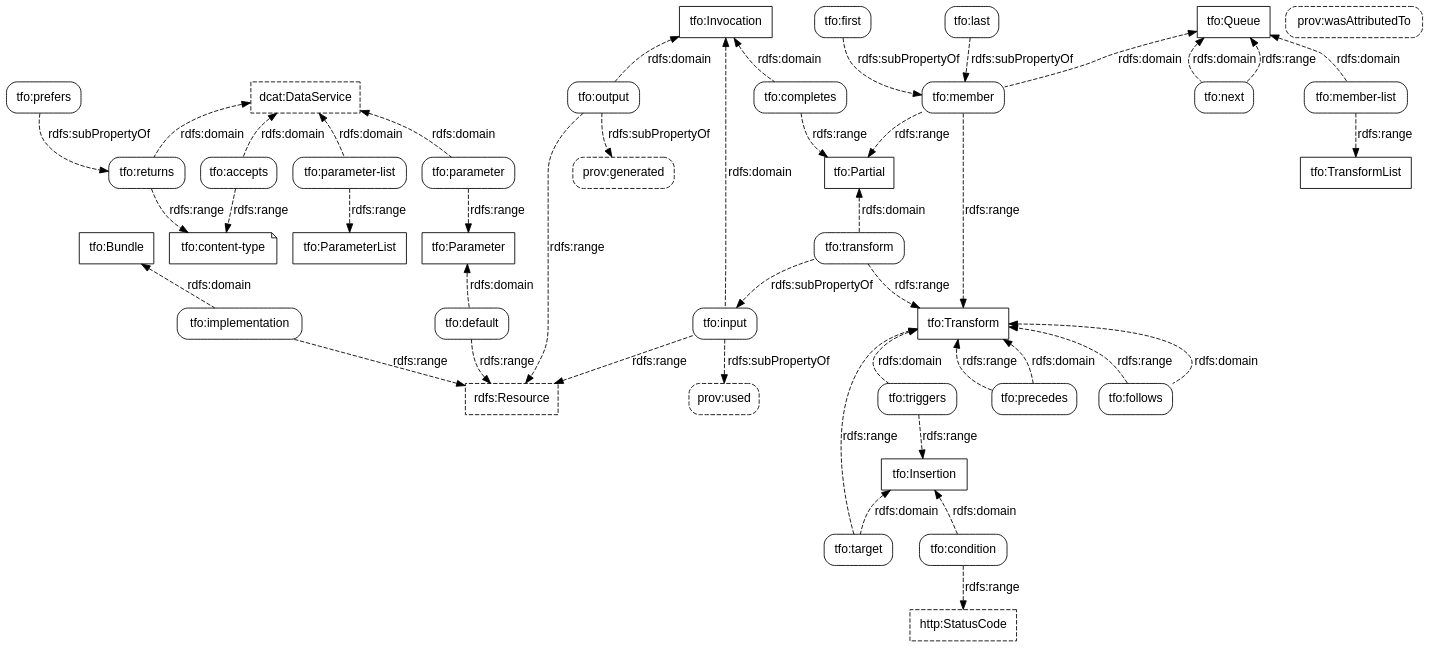
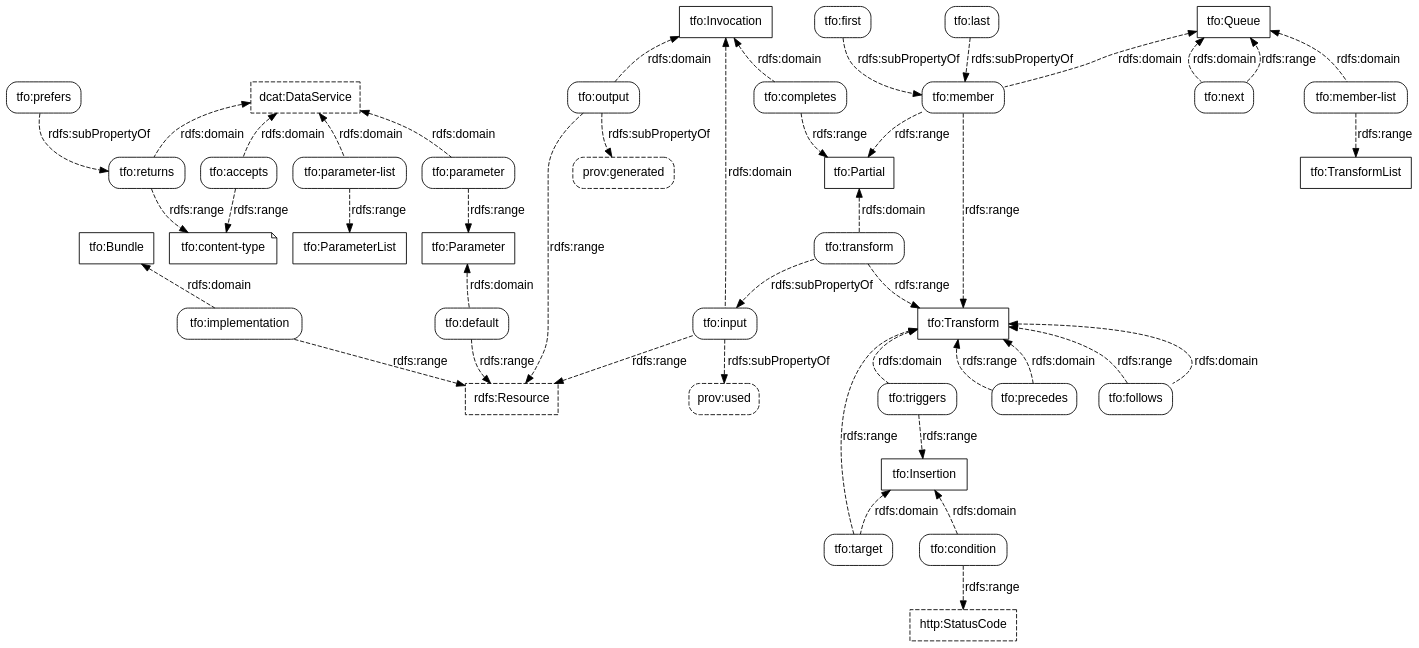
Before and after one commit to doriantaylor/owl-transformation: the diagram in transformation-properties.dot, drawn with Graphviz. The commit also changed 3 other files, not shown here.

```diff
--- a/transformation-properties.dot
+++ b/transformation-properties.dot
@@ -1,138 +1,138 @@
 digraph {
     graph [bgcolor=transparent,rankdir=TB];
     node [shape=box,style=rounded,color="#000000",fontcolor="#000000",fontname="Lucida Grande, Lucida Sans Unicode, sans-serif"];
     edge [concentrate=true,color="#000000",fontcolor="#000000",fontname="Lucida Grande, Lucida Sans Unicode, sans-serif"];
 
     subgraph {
         node [shape=box, style=dashed];
         rdfs_Resource [label="rdfs:Resource", target="_parent", href="https://www.w3.org/TR/rdf-schema/#ch_resource"];
         http_StatusCode [label="http:StatusCode", target="_parent", href="https://www.w3.org/TR/HTTP-in-RDF10/#StatusCodeClass"];
         dcat_DataService [label="dcat:DataService" target="_parent", href="https://www.w3.org/TR/vocab-dcat-2/#Class:Data_Service"];
     }
 
     // our classes
 
     subgraph {
         node [shape=box, style=""];
         tfo_Bundle [label="tfo:Bundle", target="_parent", href="https://vocab.methodandstructure.com/transformation#Bundle"];
         tfo_Transform [label="tfo:Transform", target="_parent", href="https://vocab.methodandstructure.com/transformation#Transform"];
         tfo_Parameter [label="tfo:Parameter", target="_parent", href="https://vocab.methodandstructure.com/transformation#Parameter"];
         tfo_ParameterList [label="tfo:ParameterList", target="_parent", href="https://vocab.methodandstructure.com/transformation#ParameterList"];
         tfo_Queue [label="tfo:Queue", target="_parent", href="https://vocab.methodandstructure.com/transformation#Queue"];
         tfo_Insertion [label="tfo:Insertion", target="_parent", href="https://vocab.methodandstructure.com/transformation#Insertion"];
         tfo_TransformList [label="tfo:TransformList", target="_parent", href="https://vocab.methodandstructure.com/transformation#TransformList"];
         tfo_Partial [label="tfo:Partial", target="_parent", href="https://vocab.methodandstructure.com/transformation#Partial"];
         tfo_Invocation [label="tfo:Invocation", target="_parent", href="https://vocab.methodandstructure.com/transformation#Invocation"];
     }
 
     // our datatypes
     subgraph {
         node [shape=note];
         tfo_content_type [label="tfo:content-type", target="_parent", href="https://vocab.methodandstructure.com/transformation#content-type"];
     }
 
     // third-party properties
 
     subgraph {
         node [style="dashed,rounded"];
         prov_used [label="prov:used", target="_parent", href="https://www.w3.org/TR/prov-o/#used"];
         prov_generated [label="prov:generated", target="_parent", href="https://www.w3.org/TR/prov-o/#generated"];
-        prov_wasAttributedTo [label="prov:wasAttributedTo", target="_parent", href="https://www.w3.org/TR/prov-o/#wasAttributedTo"];
+        // prov_wasAttributedTo [label="prov:wasAttributedTo", target="_parent", href="https://www.w3.org/TR/prov-o/#wasAttributedTo"];
     }
 
     // our properties
 
     tfo_accepts [label="tfo:accepts", target="_parent", href="https://vocab.methodandstructure.com/transformation#accepts"];
     tfo_returns [label="tfo:returns", target="_parent", href="https://vocab.methodandstructure.com/transformation#returns"];
     tfo_prefers [label="tfo:prefers", target="_parent", href="https://vocab.methodandstructure.com/transformation#prefers"];
     tfo_implementation [label="tfo:implementation", target="_parent", href="https://vocab.methodandstructure.com/transformation#implementation"];
     tfo_parameter [label="tfo:parameter", target="_parent", href="https://vocab.methodandstructure.com/transformation#parameter"];
     tfo_parameter_list [label="tfo:parameter-list", target="_parent", href="https://vocab.methodandstructure.com/transformation#parameter-list"];
     tfo_default [label="tfo:default", target="_parent", href="https://vocab.methodandstructure.com/transformation#default"];
     tfo_triggers [label="tfo:triggers", target="_parent", href="https://vocab.methodandstructure.com/transformation#triggers"];
 
 
     tfo_completes [label="tfo:completes", target="_parent", href="https://vocab.methodandstructure.com/transformation#completes"];
     tfo_input [label="tfo:input", target="_parent", href="https://vocab.methodandstructure.com/transformation#input"];
     tfo_output [label="tfo:output", target="_parent", href="https://vocab.methodandstructure.com/transformation#output"];
     tfo_transform [label="tfo:transform", target="_parent", href="https://vocab.methodandstructure.com/transformation#transform"];
 
     tfo_member [label="tfo:member", target="_parent", href="https://vocab.methodandstructure.com/transformation#member"];
     tfo_member_list [label="tfo:member-list", target="_parent", href="https://vocab.methodandstructure.com/transformation#member-list"];
     tfo_next [label="tfo:next", target="_parent", href="https://vocab.methodandstructure.com/transformation#next"];
     tfo_precedes [label="tfo:precedes", target="_parent", href="https://vocab.methodandstructure.com/transformation#precedes"];
     tfo_follows [label="tfo:follows", target="_parent", href="https://vocab.methodandstructure.com/transformation#follows"];
     tfo_first [label="tfo:first", target="_parent", href="https://vocab.methodandstructure.com/transformation#first"];
     tfo_last [label="tfo:last", target="_parent", href="https://vocab.methodandstructure.com/transformation#last"];
     tfo_condition [label="tfo:condition", target="_parent", href="https://vocab.methodandstructure.com/transformation#condition"];
     tfo_target [label="tfo:target", target="_parent", href="https://vocab.methodandstructure.com/transformation#target"];
 
     subgraph {
         edge [style=dashed, label="rdfs:subPropertyOf"];
         tfo_prefers   -> tfo_returns;
         tfo_transform -> tfo_input -> prov_used;
         tfo_output    -> prov_generated;
 
         tfo_first -> tfo_member;
         tfo_last  -> tfo_member;
     }
 
     subgraph {
         edge [style=dashed, dir=back, label="rdfs:domain"];
         tfo_Bundle -> tfo_implementation;
         dcat_DataService -> tfo_accepts;
         dcat_DataService -> tfo_returns;
         dcat_DataService -> tfo_parameter;
         dcat_DataService -> tfo_parameter_list;
         tfo_Transform -> tfo_precedes;
         tfo_Transform -> tfo_follows;
         tfo_Transform -> tfo_triggers;
 
         tfo_Parameter -> tfo_default;
 
         tfo_Queue -> tfo_member;
         tfo_Queue -> tfo_member_list;
 
         tfo_Queue -> tfo_next;
 
         tfo_Insertion -> tfo_condition;
         tfo_Insertion -> tfo_target;
 
         tfo_Partial -> tfo_transform;
 
         tfo_Invocation -> tfo_completes;
         tfo_Invocation -> tfo_input;
         tfo_Invocation -> tfo_output;
     }
 
     subgraph {
         edge [style=dashed, label="rdfs:range"];
 
         tfo_accepts -> tfo_content_type;
         tfo_returns -> tfo_content_type;
 
         tfo_parameter      -> tfo_Parameter;
         tfo_parameter_list -> tfo_ParameterList;
 
         tfo_member      -> tfo_Transform;
         tfo_member      -> tfo_Partial;
         tfo_member_list -> tfo_TransformList;
 
         tfo_next -> tfo_Queue;
 
         tfo_transform -> tfo_Transform;
         tfo_precedes  -> tfo_Transform;
         tfo_follows   -> tfo_Transform;
 
         tfo_triggers  -> tfo_Insertion;
         tfo_target    -> tfo_Transform;
         tfo_condition -> http_StatusCode;
 
         tfo_completes -> tfo_Partial;
 
         tfo_implementation -> rdfs_Resource;
         tfo_default        -> rdfs_Resource;
         tfo_input          -> rdfs_Resource;
         tfo_output         -> rdfs_Resource;
     }
 }
```
